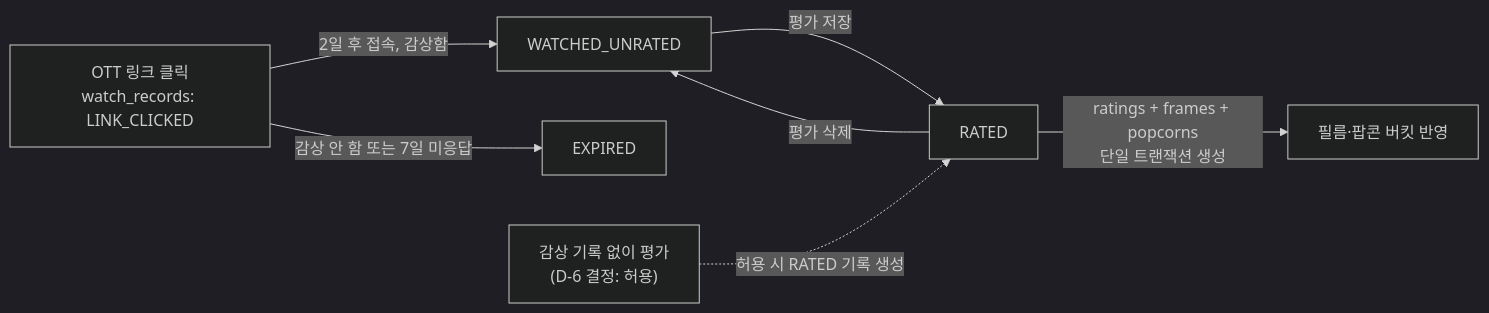
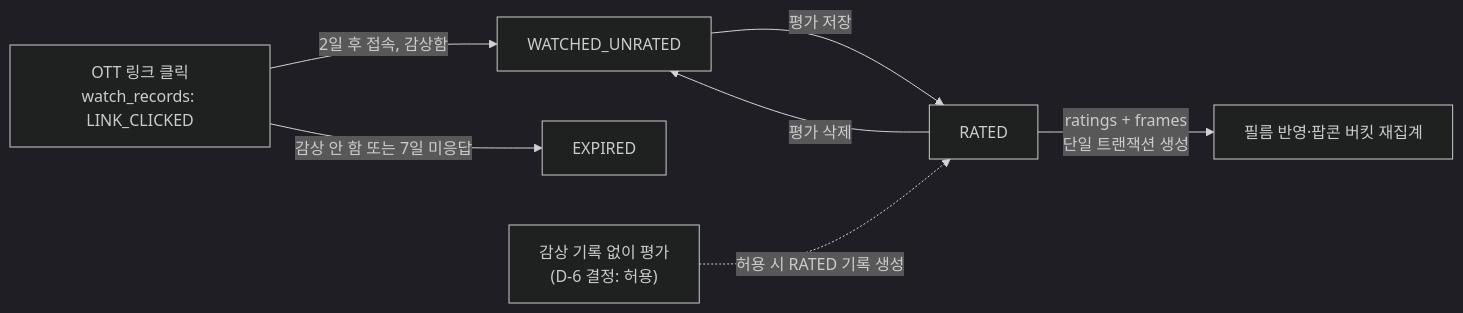
One commit to koongya-studio/feelm changed the eighth of 8 diagrams in docs/erd.md. Above: the diagram before and after it, drawn with Mermaid (dark theme). The commit also changed other lines of this file and 12 other files, not shown here.

````diff
--- a/docs/erd.md
+++ b/docs/erd.md
@@ -439,9 +413,9 @@
 ```mermaid
 flowchart LR
     A["OTT 링크 클릭<br/>watch_records: LINK_CLICKED"] -->|2일 후 접속, 감상함| B["WATCHED_UNRATED"]
     A -->|감상 안 함 또는 7일 미응답| X["EXPIRED"]
     B -->|평가 저장| C["RATED"]
-    C -->|ratings + frames + popcorns<br/>단일 트랜잭션 생성| D["필름·팝콘 버킷 반영"]
+    C -->|ratings + frames<br/>단일 트랜잭션 생성| D["필름 반영·팝콘 버킷 재집계"]
     C -->|평가 삭제| B
     S["감상 기록 없이 평가<br/>(D-6 결정: 허용)"] -.->|허용 시 RATED 기록 생성| C
 ```
````
